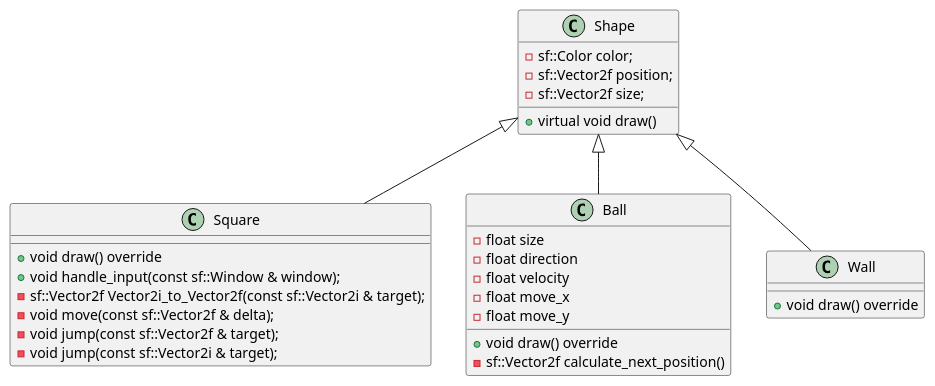
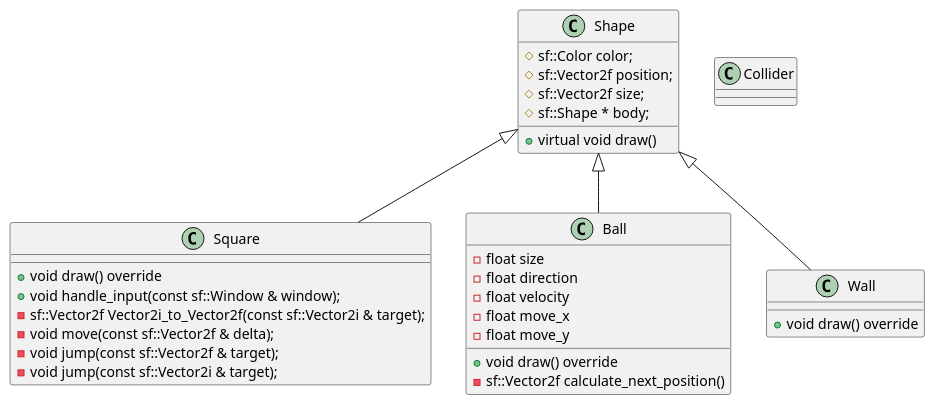
Before and after one commit to ramonvermeulen/cplusplus: the diagram in week1/diagram.plantuml, drawn with PlantUML. The commit also changed 12 other files, not shown here.

```diff
--- a/week1/diagram.plantuml
+++ b/week1/diagram.plantuml
@@ -1,37 +1,42 @@
 @startuml walls_and_bouncing
 
 class Shape {
-  - sf::Color color;
-  - sf::Vector2f position;
-  - sf::Vector2f size;
+  # sf::Color color;
+  # sf::Vector2f position;
+  # sf::Vector2f size;
+  # sf::Shape * body;
   + virtual void draw()
 }
 
 class Square {
   + void draw() override
   + void handle_input(const sf::Window & window);
   - sf::Vector2f Vector2i_to_Vector2f(const sf::Vector2i & target);
   - void move(const sf::Vector2f & delta);
   - void jump(const sf::Vector2f & target);
   - void jump(const sf::Vector2i & target);
 }
 
 class Ball {
   - float size
   - float direction
   - float velocity
   - float move_x
   - float move_y
   + void draw() override
   - sf::Vector2f calculate_next_position()
 }
 
 class Wall {
   + void draw() override
 }
 
+class Collider {
+
+}
+
 Shape <|-- Square
 Shape <|-- Ball
 Shape <|-- Wall
 
 @enduml
```
